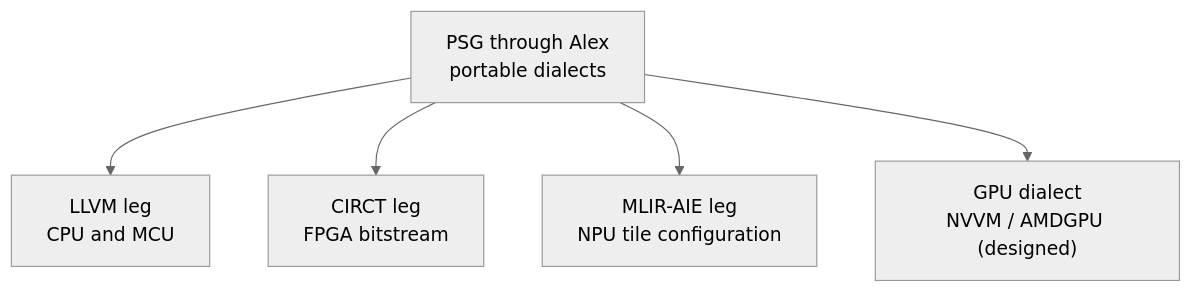
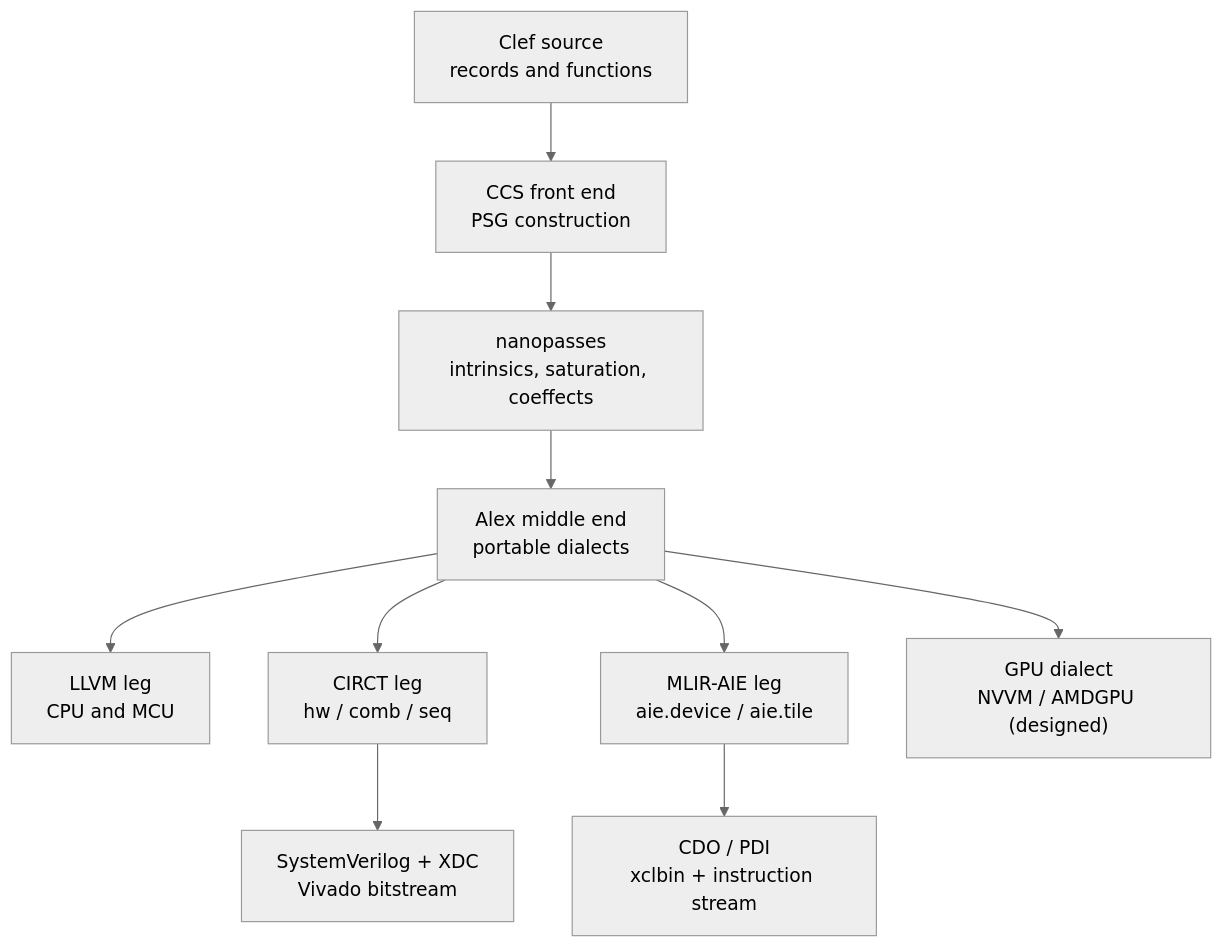
One commit to FidelityFramework/clef-lang-site changed the first of 2 diagrams in hugo/content/docs/internals/hardware/spatial-bring-up.md. Above: the diagram before and after it, drawn with Mermaid (neutral theme). The commit also changed other lines of this file, not shown here.

````diff
--- a/hugo/content/docs/internals/hardware/spatial-bring-up.md
+++ b/hugo/content/docs/internals/hardware/spatial-bring-up.md
@@ -17,7 +19,12 @@
 ```mermaid
 flowchart TB
-    PSG["PSG through Alex<br/>portable dialects"] --> LLVM["LLVM leg<br/>CPU and MCU"]
-    PSG --> CIRCT["CIRCT leg<br/>FPGA bitstream"]
-    PSG --> AIE["MLIR-AIE leg<br/>NPU tile configuration"]
-    PSG --> GPUd["GPU dialect<br/>NVVM / AMDGPU (designed)"]
+    SRC["Clef source<br/>records and functions"] --> CCS["CCS front end<br/>PSG construction"]
+    CCS --> NP["nanopasses<br/>intrinsics, saturation, coeffects"]
+    NP --> ALEX["Alex middle end<br/>portable dialects"]
+    ALEX --> LLVM["LLVM leg<br/>CPU and MCU"]
+    ALEX --> CIRCT["CIRCT leg<br/>hw / comb / seq"]
+    ALEX --> AIE["MLIR-AIE leg<br/>aie.device / aie.tile"]
+    ALEX --> GPUd["GPU dialect<br/>NVVM / AMDGPU (designed)"]
+    CIRCT --> BIT["SystemVerilog + XDC<br/>Vivado bitstream"]
+    AIE --> XCL["CDO / PDI<br/>xclbin + instruction stream"]
 ```
````
